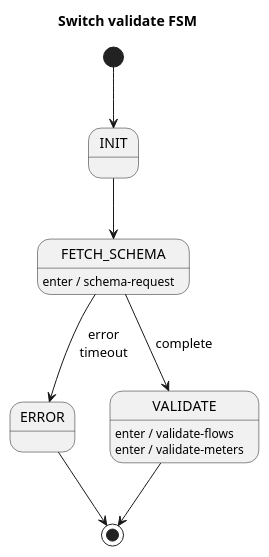
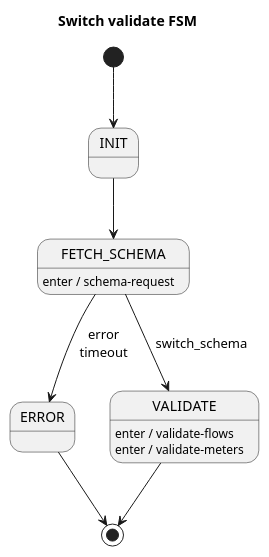
One commit to uozbek/open-kilda changed the diagram in docs/design/hub-and-spoke/switch-validate/switch-validate-fsm.puml. Above: the diagram before and after it, drawn with PlantUML. The commit also changed 38 other files, not shown here.

```diff
--- a/docs/design/hub-and-spoke/switch-validate/switch-validate-fsm.puml
+++ b/docs/design/hub-and-spoke/switch-validate/switch-validate-fsm.puml
@@ -1,17 +1,17 @@
 @startuml
 title Switch validate FSM
 
 [*] --> INIT
 INIT --> FETCH_SCHEMA
 
 FETCH_SCHEMA --> ERROR : error\ntimeout
-FETCH_SCHEMA --> VALIDATE : complete
+FETCH_SCHEMA --> VALIDATE : switch_schema
 FETCH_SCHEMA : enter / schema-request
 
 VALIDATE --> [*]
 VALIDATE : enter / validate-flows
 VALIDATE : enter / validate-meters
 
 ERROR --> [*]
 
 @enduml
```
